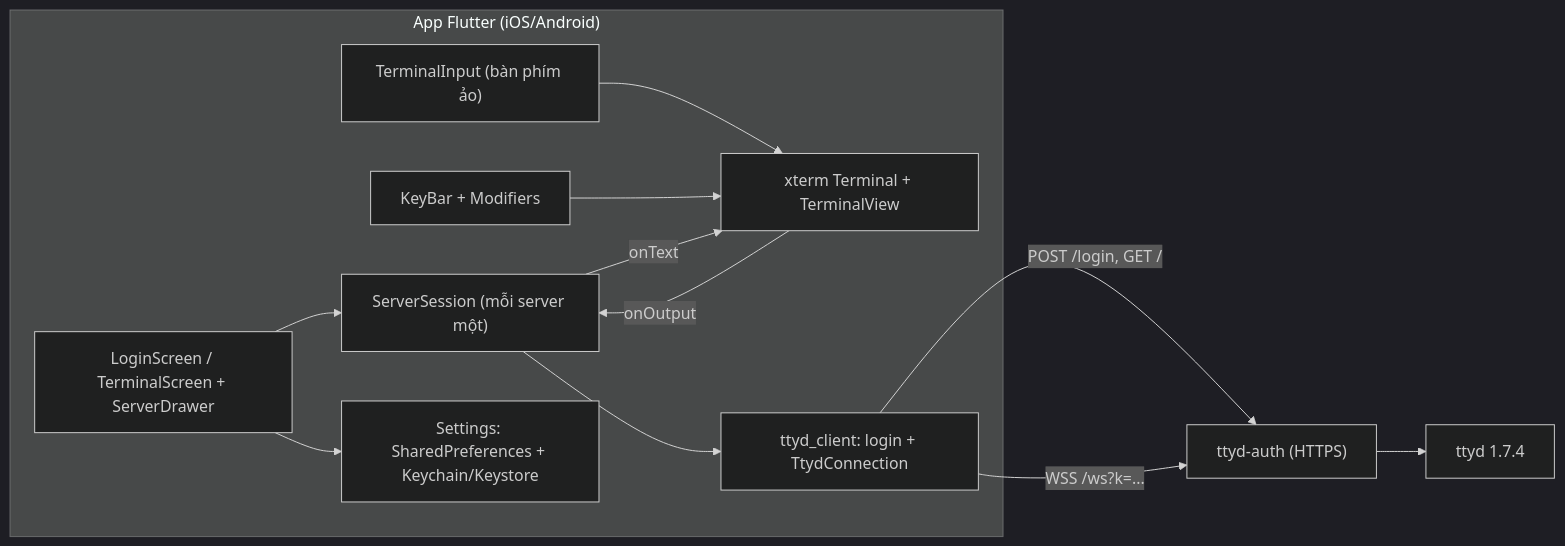
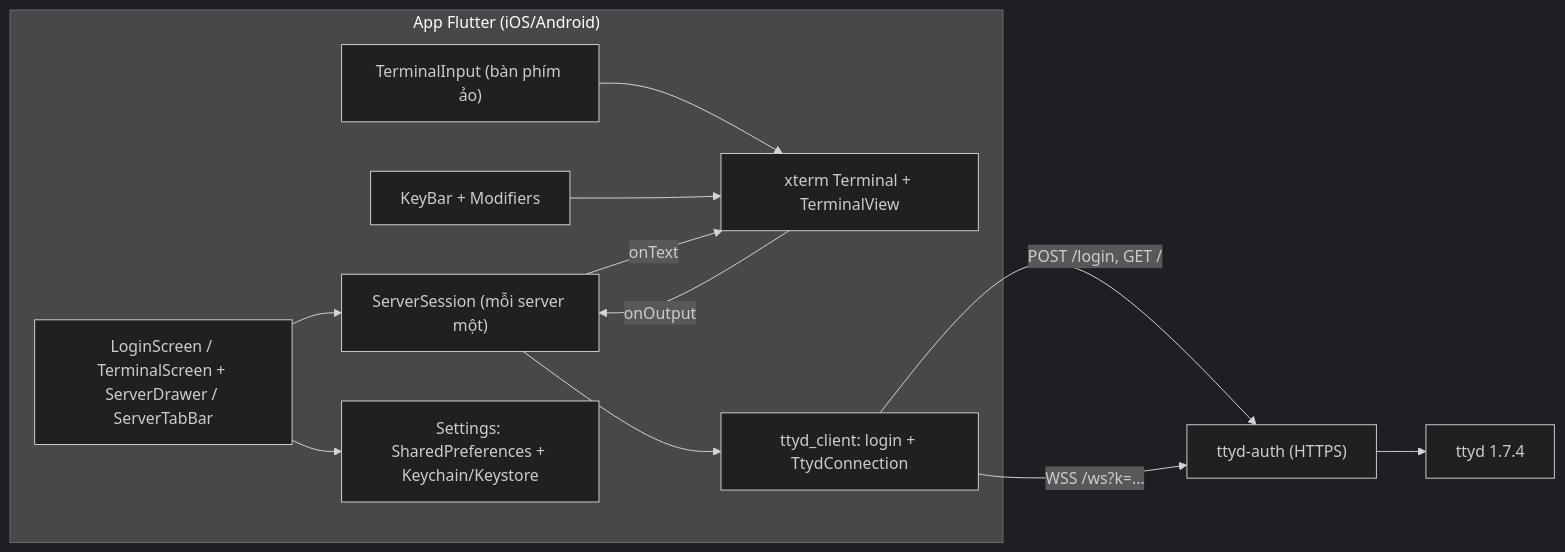
The diagram in docs/architecture.md (mihb123/ttyd-keys), drawn with Mermaid (dark theme) before and after one commit. The commit also changed other lines of this file and 10 other files, not shown here.

First line of the commit message:
Nhiều server: tuỳ chọn chuyển server bằng thanh tab kiểu Ghostty

````diff
--- a/docs/architecture.md
+++ b/docs/architecture.md
@@ -5,24 +5,24 @@
 ```mermaid
 flowchart LR
     subgraph App["App Flutter (iOS/Android)"]
-        UI["LoginScreen / TerminalScreen + ServerDrawer"]
+        UI["LoginScreen / TerminalScreen + ServerDrawer / ServerTabBar"]
         Sess["ServerSession (mỗi server một)"]
         IME["TerminalInput (bàn phím ảo)"]
         Bar["KeyBar + Modifiers"]
         Term["xterm Terminal + TerminalView"]
         Client["ttyd_client: login + TtydConnection"]
         Store["Settings: SharedPreferences + Keychain/Keystore"]
     end
     Auth["ttyd-auth (HTTPS)"]
     Ttyd["ttyd 1.7.4"]
     IME --> Term
     Bar --> Term
     Term -->|"onOutput"| Sess
     Sess -->|"onText"| Term
     UI --> Sess
     Sess --> Client
     UI --> Store
     Client -->|"POST /login, GET /"| Auth
     Client -->|"WSS /ws?k=..."| Auth
     Auth --> Ttyd
 ```
````
